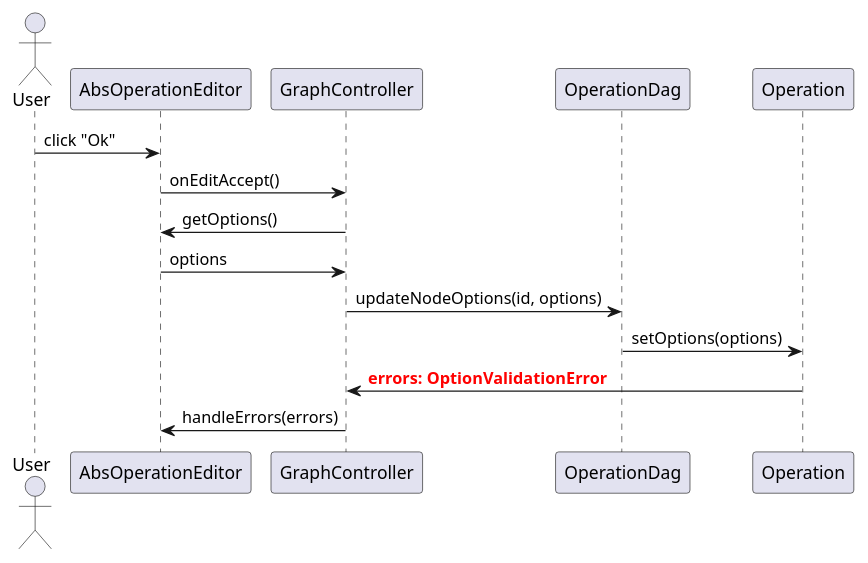
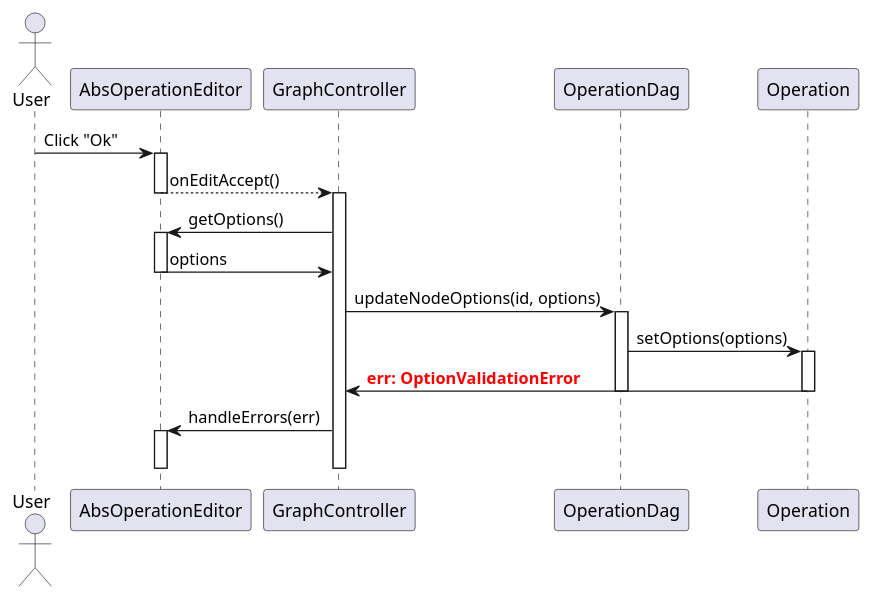
One commit to alezanga/dataMole changed the fifth of 7 diagrams in uml/controller.puml. Above: the diagram before and after it, drawn with PlantUML. The commit also changed other lines of this file and 172 other files, not shown here.

```diff
--- a/uml/controller.puml
+++ b/uml/controller.puml
@@ -80,14 +156,26 @@
 @startuml controller_error_handling
 
 actor User
 
-User -> AbsOperationEditor: click "Ok"
-AbsOperationEditor -> GraphController: onEditAccept()
+User -> AbsOperationEditor: Click "Ok"
+activate AbsOperationEditor
+AbsOperationEditor --> GraphController: onEditAccept()
+deactivate AbsOperationEditor
+activate GraphController
 GraphController -> AbsOperationEditor: getOptions()
+activate AbsOperationEditor
 GraphController <- AbsOperationEditor: options
+deactivate AbsOperationEditor
 GraphController -> OperationDag: updateNodeOptions(id, options)
+activate OperationDag
 OperationDag -> Operation: setOptions(options)
-GraphController <- Operation: <font color=red><b>errors: OptionValidationError</b></font>
-GraphController -> AbsOperationEditor: handleErrors(errors)
+activate Operation
+GraphController <- Operation: <font color=red><b>err: OptionValidationError</b></font>
+deactivate Operation
+deactivate OperationDag
+GraphController -> AbsOperationEditor: handleErrors(err)
+activate AbsOperationEditor
+deactivate AbsOperationEditor
+deactivate GraphController
 
 @enduml
```
